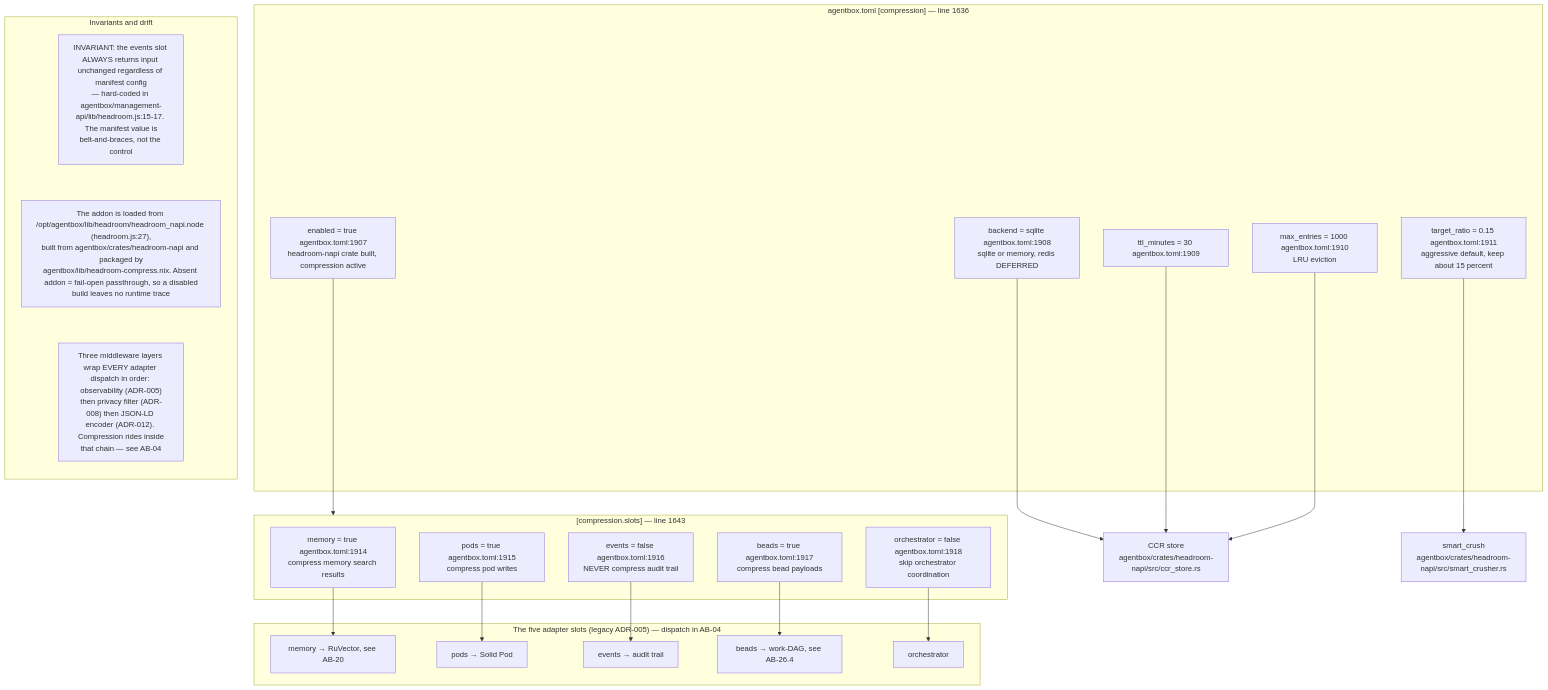
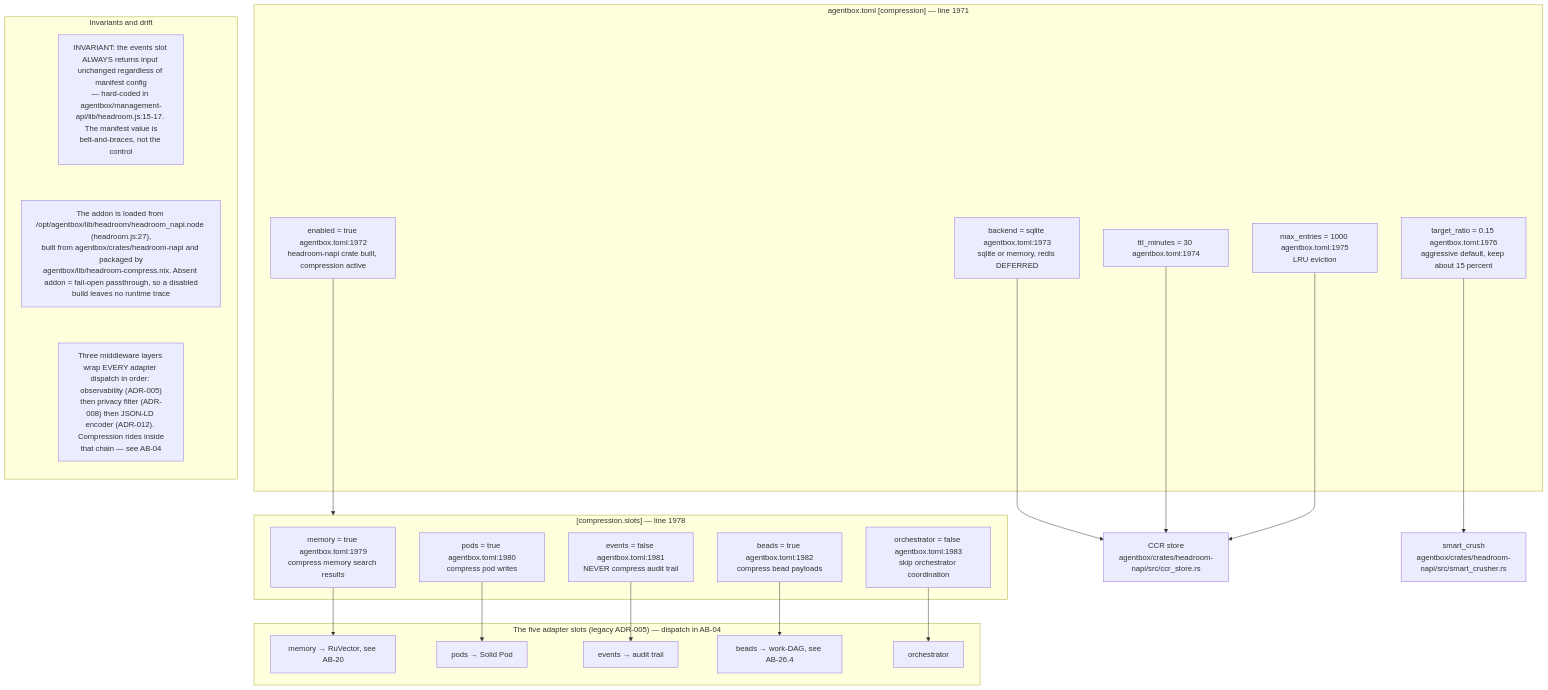
One commit to DreamLab-AI/VisionFlow changed the ninth of 9 diagrams in docs/diagrams/agentbox/26-headroom-beads-spawn-brain.md. Above: the diagram before and after it, drawn with Mermaid. The commit also changed other lines of this file and 136 other files, not shown here.

First line of the commit message:
docs(diagrams): refresh the whole corpus to code HEAD and prune low-value diagrams

````diff
--- a/docs/diagrams/agentbox/26-headroom-beads-spawn-brain.md
+++ b/docs/diagrams/agentbox/26-headroom-beads-spawn-brain.md
@@ -355,41 +363,41 @@
 ```mermaid
 flowchart TB
-    subgraph man["agentbox.toml [compression] — line 1636"]
-        E["enabled = true agentbox.toml:1907<br/>headroom-napi crate built, compression active"]
-        B["backend = sqlite agentbox.toml:1908<br/>sqlite or memory, redis DEFERRED"]
-        T["ttl_minutes = 30 agentbox.toml:1909"]
-        M["max_entries = 1000 agentbox.toml:1910<br/>LRU eviction"]
-        R["target_ratio = 0.15 agentbox.toml:1911<br/>aggressive default, keep about 15 percent"]
+    subgraph man["agentbox.toml [compression] — line 1971"]
+        E["enabled = true agentbox.toml:1972<br/>headroom-napi crate built, compression active"]
+        B["backend = sqlite agentbox.toml:1973<br/>sqlite or memory, redis DEFERRED"]
+        T["ttl_minutes = 30 agentbox.toml:1974"]
+        M["max_entries = 1000 agentbox.toml:1975<br/>LRU eviction"]
+        R["target_ratio = 0.15 agentbox.toml:1976<br/>aggressive default, keep about 15 percent"]
     end
-    subgraph slots["[compression.slots] — line 1643"]
-        S1["memory = true agentbox.toml:1914<br/>compress memory search results"]
-        S2["pods = true agentbox.toml:1915<br/>compress pod writes"]
-        S3["events = false agentbox.toml:1916<br/>NEVER compress audit trail"]
-        S4["beads = true agentbox.toml:1917<br/>compress bead payloads"]
-        S5["orchestrator = false agentbox.toml:1918<br/>skip orchestrator coordination"]
+    subgraph slots["[compression.slots] — line 1978"]
+        S1["memory = true agentbox.toml:1979<br/>compress memory search results"]
+        S2["pods = true agentbox.toml:1980<br/>compress pod writes"]
+        S3["events = false agentbox.toml:1981<br/>NEVER compress audit trail"]
+        S4["beads = true agentbox.toml:1982<br/>compress bead payloads"]
+        S5["orchestrator = false agentbox.toml:1983<br/>skip orchestrator coordination"]
     end
     subgraph adapters["The five adapter slots (legacy ADR-005) — dispatch in AB-04"]
         A1["memory → RuVector, see AB-20"]
         A2["pods → Solid Pod"]
         A3["events → audit trail"]
         A4["beads → work-DAG, see AB-26.4"]
         A5["orchestrator"]
     end
     E --> slots
     S1 --> A1
     S2 --> A2
     S3 --> A3
     S4 --> A4
     S5 --> A5
     B --> CCR["CCR store<br/>agentbox/crates/headroom-napi/src/ccr_store.rs"]
     T --> CCR
     M --> CCR
     R --> SC["smart_crush<br/>agentbox/crates/headroom-napi/src/smart_crusher.rs"]
     subgraph notes["Invariants and drift"]
         direction TB
         N1["INVARIANT: the events slot ALWAYS returns input unchanged regardless of manifest config<br/>— hard-coded in agentbox/management-api/lib/headroom.js:15-17. The manifest value is<br/>belt-and-braces, not the control"]
         N2["The addon is loaded from /opt/agentbox/lib/headroom/headroom_napi.node (headroom.js:27),<br/>built from agentbox/crates/headroom-napi and packaged by<br/>agentbox/lib/headroom-compress.nix. Absent addon = fail-open passthrough, so a disabled<br/>build leaves no runtime trace"]
         N3["Three middleware layers wrap EVERY adapter dispatch in order: observability (ADR-005)<br/>then privacy filter (ADR-008) then JSON-LD encoder (ADR-012). Compression rides inside<br/>that chain — see AB-04"]
         N1 ~~~ N2 ~~~ N3
     end
 ```
````
